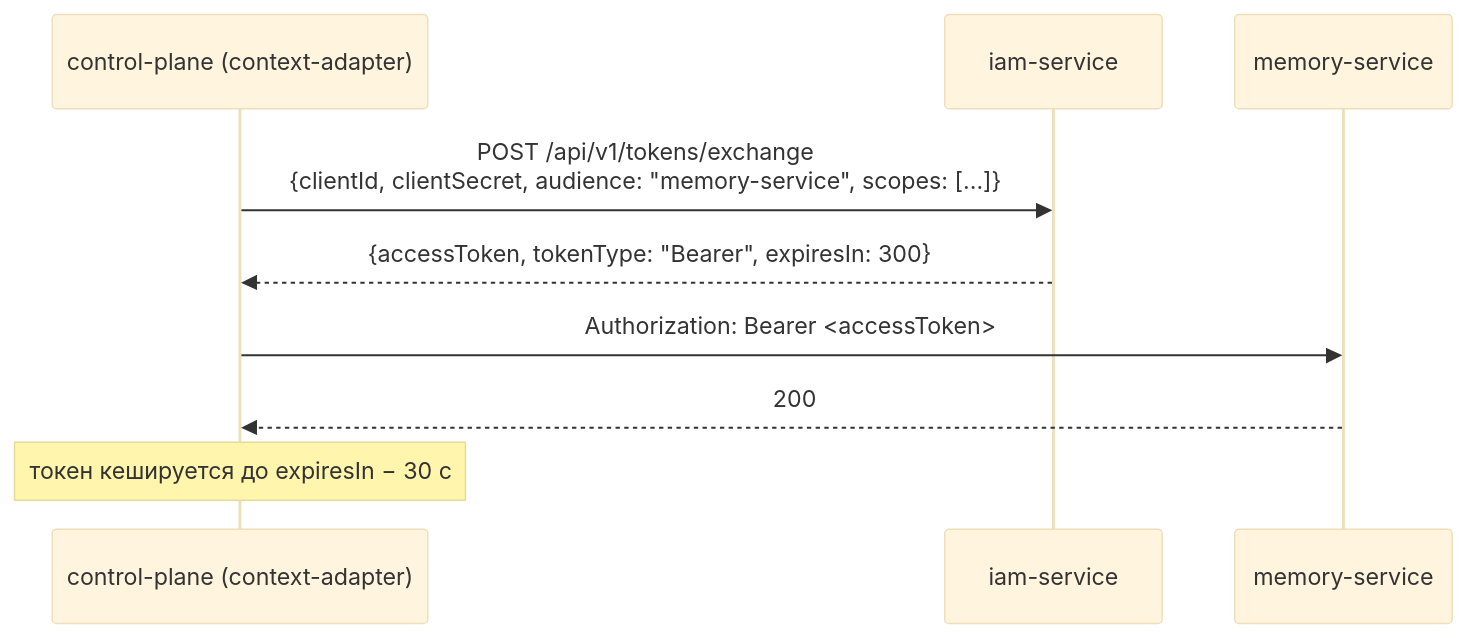
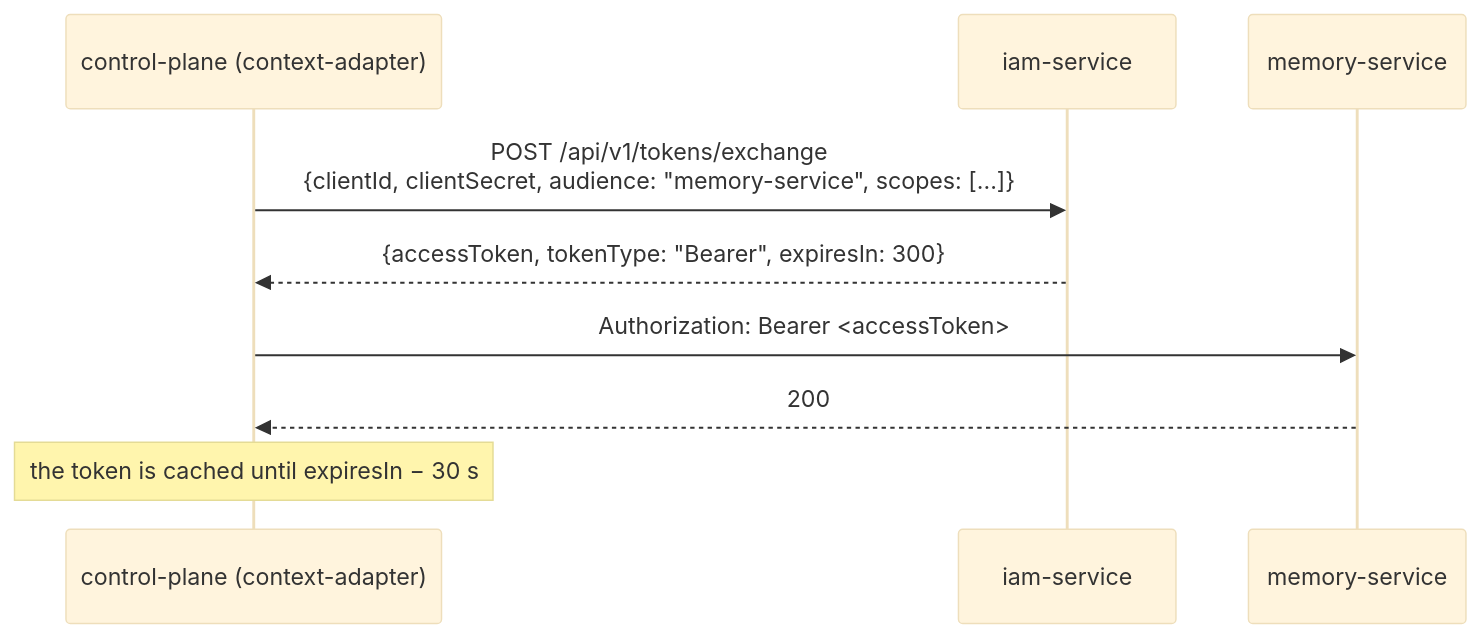
The diagram in guide/docs/iam/service-accounts.md (monthu56/taimen), drawn with Mermaid (base theme) before and after one commit. The commit also changed other lines of this file and 183 other files, not shown here.

````diff
--- a/guide/docs/iam/service-accounts.md
+++ b/guide/docs/iam/service-accounts.md
@@ -17,11 +18,11 @@
 ```mermaid
 sequenceDiagram
     participant CP as control-plane (context-adapter)
     participant IAM as iam-service
     participant MEM as memory-service
     CP->>IAM: POST /api/v1/tokens/exchange<br/>{clientId, clientSecret, audience: "memory-service", scopes: [...]}
     IAM-->>CP: {accessToken, tokenType: "Bearer", expiresIn: 300}
     CP->>MEM: Authorization: Bearer <accessToken>
     MEM-->>CP: 200
-    Note over CP: токен кешируется до expiresIn − 30 с
+    Note over CP: the token is cached until expiresIn − 30 s
 ```
````
